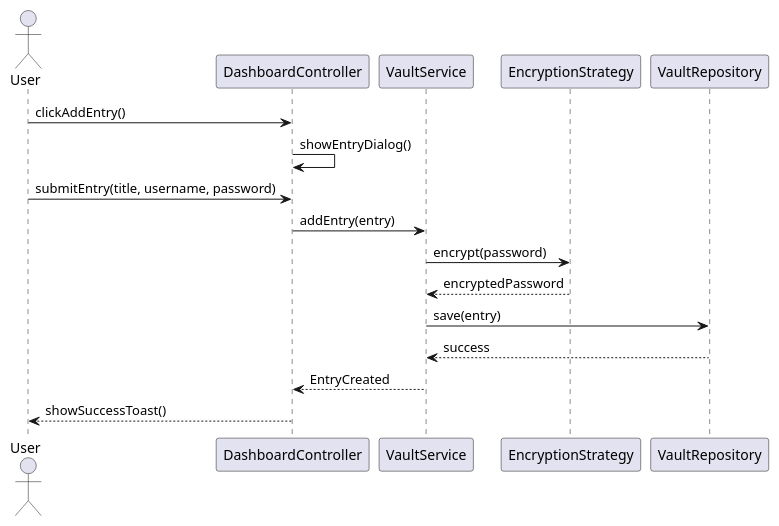
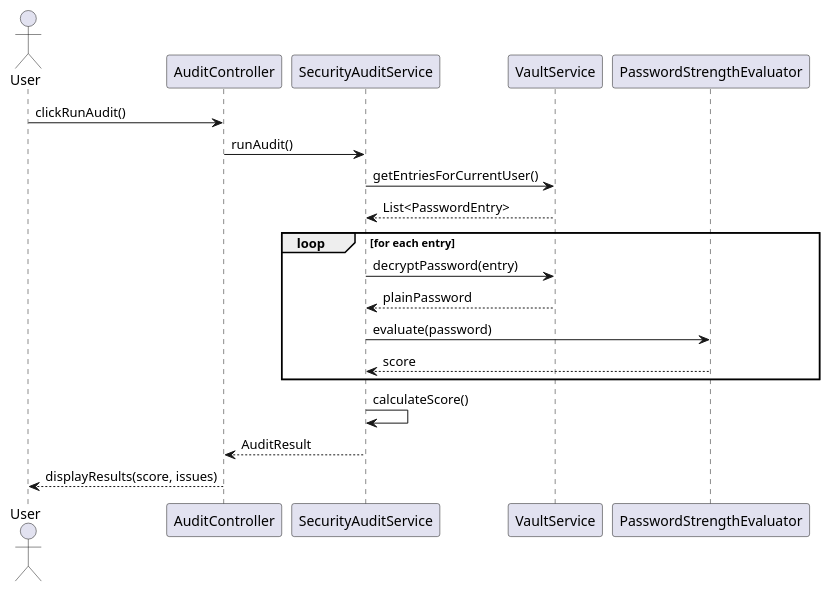
The third of 3 diagrams in README.it.md (DaniaCiampalini/SafeCoreProject), drawn with PlantUML before and after one commit. The commit also changed other lines of this file and 1 other file, not shown here.

Commit message:
Update README files to include H2 Database in project specifications, enhance Security Audit description, and improve clarity in functionality and testing sections.

````diff
--- a/README.it.md
+++ b/README.it.md
@@ -262,20 +296,25 @@
 ```plantuml
 @startuml
 actor User
-participant DashboardController
+participant AuditController
+participant SecurityAuditService
 participant VaultService
-participant EncryptionStrategy
-participant VaultRepository
+participant PasswordStrengthEvaluator
 
-User -> DashboardController: clickAddEntry()
-DashboardController -> DashboardController: showEntryDialog()
-User -> DashboardController: submitEntry(title, username, password)
-DashboardController -> VaultService: addEntry(entry)
-VaultService -> EncryptionStrategy: encrypt(password)
-EncryptionStrategy --> VaultService: encryptedPassword
-VaultService -> VaultRepository: save(entry)
-VaultRepository --> VaultService: success
-VaultService --> DashboardController: EntryCreated
-DashboardController --> User: showSuccessToast()
+User -> AuditController: clickRunAudit()
+AuditController -> SecurityAuditService: runAudit()
+SecurityAuditService -> VaultService: getEntriesForCurrentUser()
+VaultService --> SecurityAuditService: List<PasswordEntry>
+
+loop for each entry
+    SecurityAuditService -> VaultService: decryptPassword(entry)
+    VaultService --> SecurityAuditService: plainPassword
+    SecurityAuditService -> PasswordStrengthEvaluator: evaluate(password)
+    PasswordStrengthEvaluator --> SecurityAuditService: score
+end
+
+SecurityAuditService -> SecurityAuditService: calculateScore()
+SecurityAuditService --> AuditController: AuditResult
+AuditController --> User: displayResults(score, issues)
 @enduml
 ```
````
